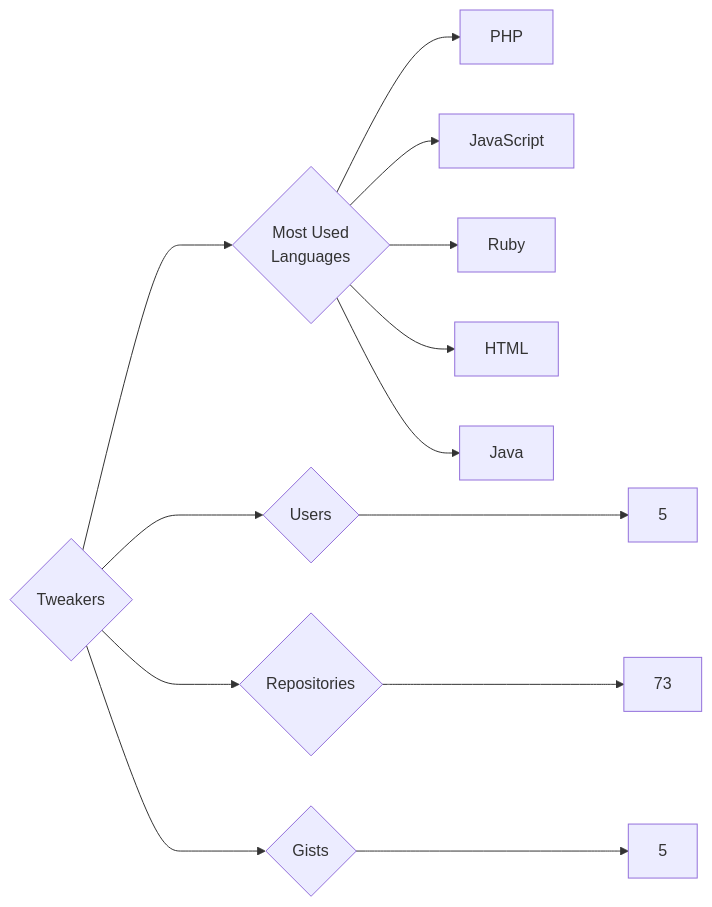
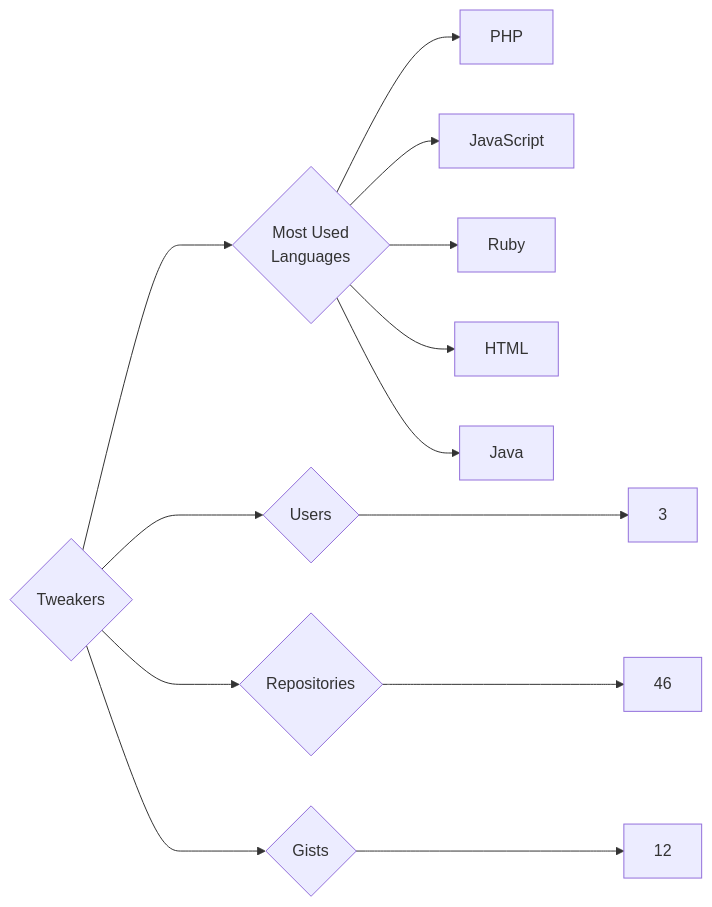
One commit to trickest/insiders changed the diagram in targets/Tweakers/README.md. Above: the diagram before and after it, drawn with Mermaid. The commit also changed 765 other files, not shown here.

````diff
--- a/targets/Tweakers/README.md
+++ b/targets/Tweakers/README.md
@@ -3,13 +3,13 @@
 ```mermaid
 graph LR
 COMPANY_NAME{Tweakers}
-COMPANY_NAME ---> U{Users} ---> UN[5]
-COMPANY_NAME ---> R{Repositories} ---> RN[73]
-COMPANY_NAME ---> G{Gists} ---> GN[5]
+COMPANY_NAME ---> U{Users} ---> UN[3]
+COMPANY_NAME ---> R{Repositories} ---> RN[46]
+COMPANY_NAME ---> G{Gists} ---> GN[12]
 COMPANY_NAME ---> ML{Most Used<br>Languages}
 ML --> PHP[PHP]
 ML --> JavaScript[JavaScript]
 ML --> Ruby[Ruby]
 ML --> HTML[HTML]
 ML --> Java[Java]
 ```
````
